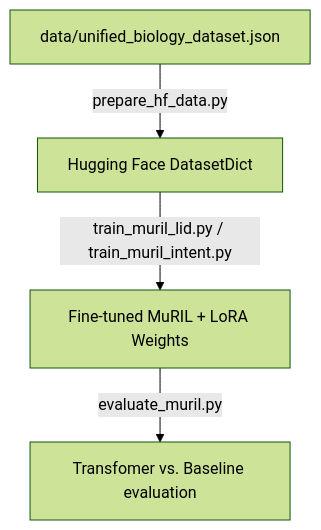
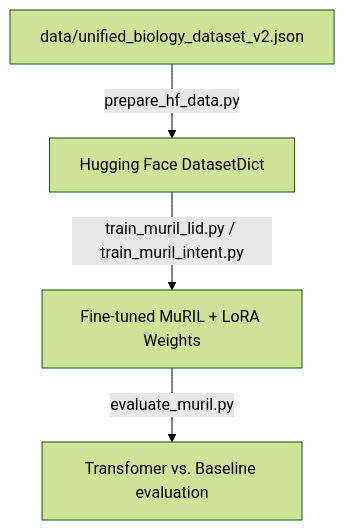
The third of 5 diagrams in test_commands.md (PersuasivePost/EduHinglish), drawn with Mermaid (forest theme) before and after one commit. The commit also changed other lines of this file and 112 other files, not shown here.

````diff
--- a/test_commands.md
+++ b/test_commands.md
@@ -135,6 +135,6 @@
 ```mermaid
 graph TD
-    A[data/unified_biology_dataset.json] -->|prepare_hf_data.py| B[Hugging Face DatasetDict]
+    A[data/unified_biology_dataset_v2.json] -->|prepare_hf_data.py| B[Hugging Face DatasetDict]
     B -->|train_muril_lid.py / train_muril_intent.py| C[Fine-tuned MuRIL + LoRA Weights]
     C -->|evaluate_muril.py| D[Transfomer vs. Baseline evaluation]
 ```
````
